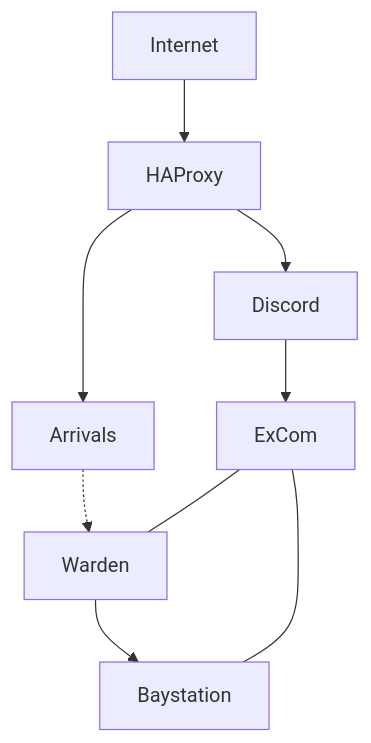
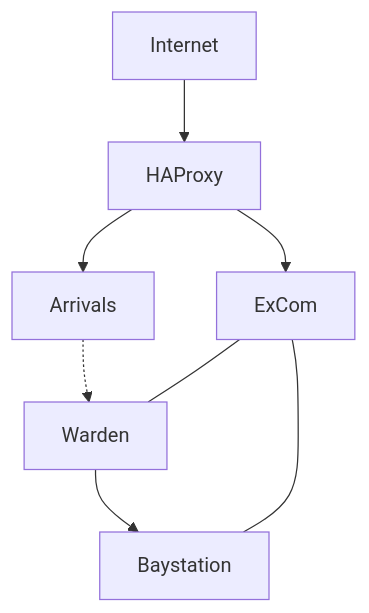
One commit to Baystation12/.github changed the diagram in profile/README.md. Above: the diagram before and after it, drawn with Mermaid.

````diff
--- a/profile/README.md
+++ b/profile/README.md
@@ -15,11 +15,10 @@
 ```mermaid
 graph TD;
     Internet-->HAProxy;
-    HAProxy-->Discord;
-    Discord-->ExCom;
+    HAProxy-->ExCom;
     HAProxy-->Arrivals;
     Warden-->Baystation;
     Arrivals-.->Warden;
     ExCom---Baystation;
     ExCom---Warden;
 ```
````
